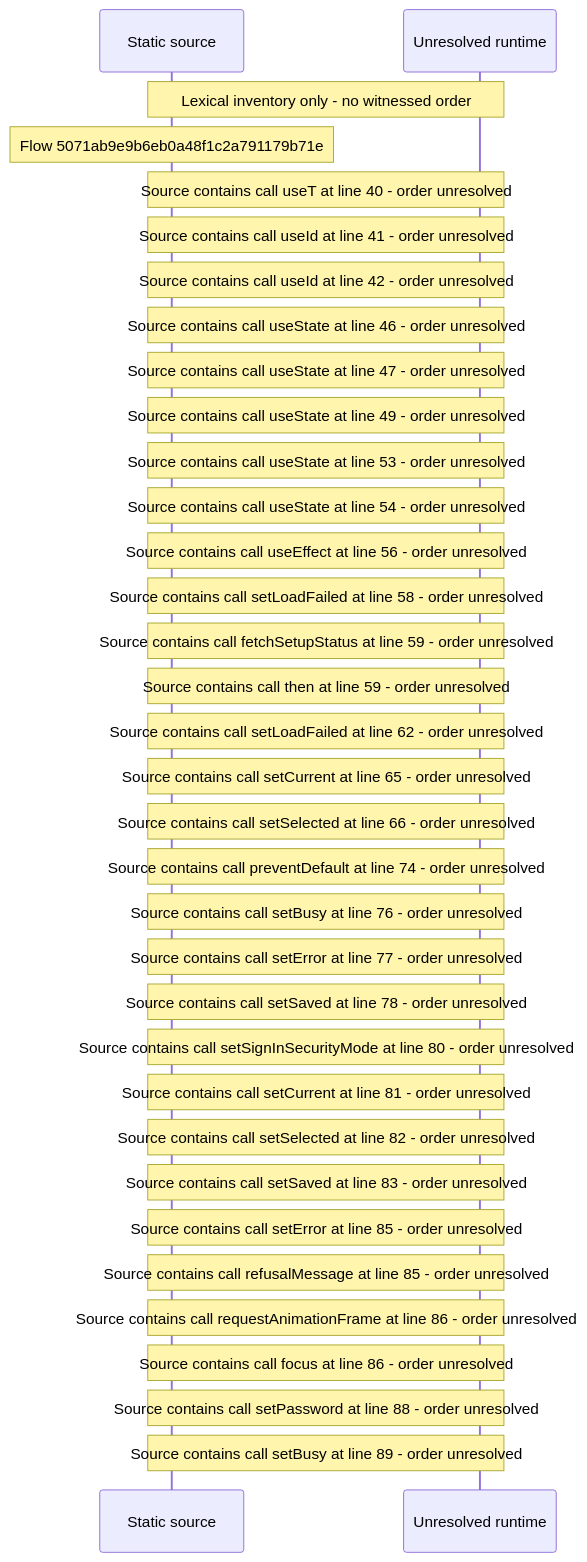
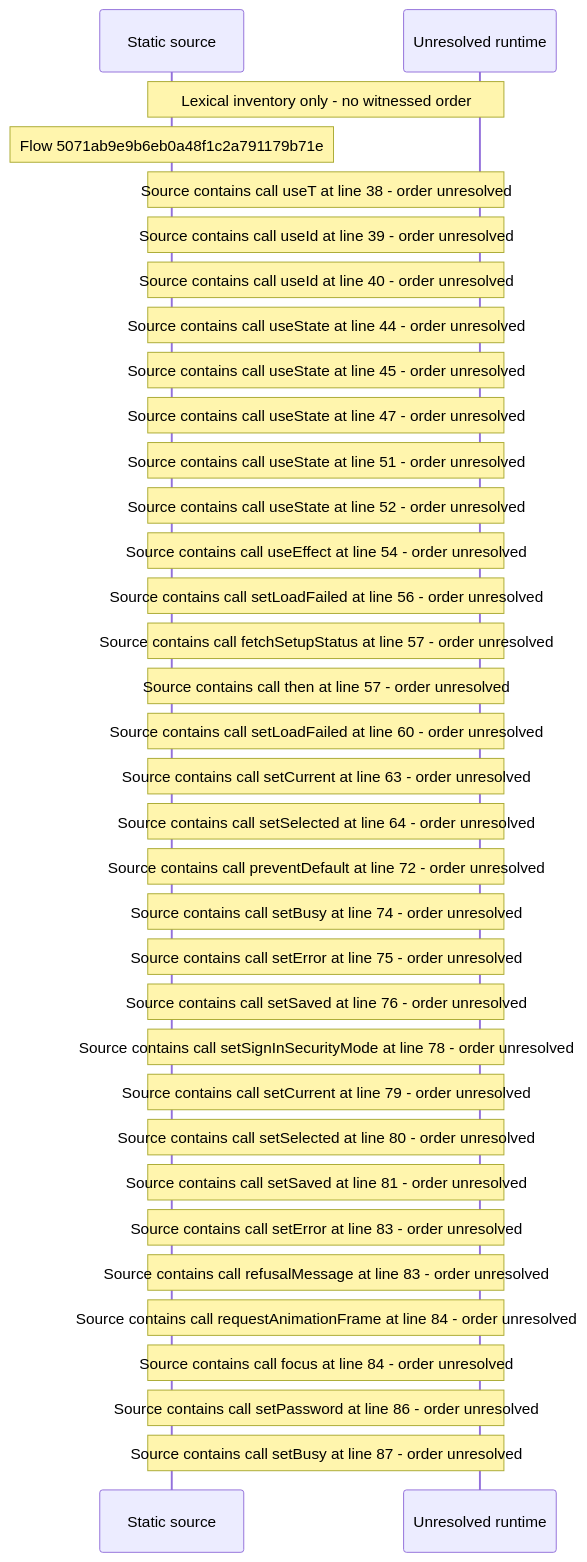
The diagram in docs/web/flows/generated/5071ab9e9b6eb0a48f1c2a791179b71e/flow-diagram.md (beamfall/core), drawn with Mermaid before and after one commit. The commit also changed other lines of this file and 715 other files, not shown here.

First line of the commit message:
Regenerate the web flow record on main after CORE-1117

````diff
--- a/docs/web/flows/generated/5071ab9e9b6eb0a48f1c2a791179b71e/flow-diagram.md
+++ b/docs/web/flows/generated/5071ab9e9b6eb0a48f1c2a791179b71e/flow-diagram.md
@@ -10,36 +10,36 @@
 ```mermaid
 sequenceDiagram
     participant S as Static source
     participant U as Unresolved runtime
     Note over S,U: Lexical inventory only - no witnessed order
     Note over S: Flow 5071ab9e9b6eb0a48f1c2a791179b71e
-    Note over S,U: Source contains call useT at line 40 - order unresolved
-    Note over S,U: Source contains call useId at line 41 - order unresolved
-    Note over S,U: Source contains call useId at line 42 - order unresolved
-    Note over S,U: Source contains call useState at line 46 - order unresolved
+    Note over S,U: Source contains call useT at line 38 - order unresolved
+    Note over S,U: Source contains call useId at line 39 - order unresolved
+    Note over S,U: Source contains call useId at line 40 - order unresolved
+    Note over S,U: Source contains call useState at line 44 - order unresolved
+    Note over S,U: Source contains call useState at line 45 - order unresolved
     Note over S,U: Source contains call useState at line 47 - order unresolved
-    Note over S,U: Source contains call useState at line 49 - order unresolved
-    Note over S,U: Source contains call useState at line 53 - order unresolved
-    Note over S,U: Source contains call useState at line 54 - order unresolved
-    Note over S,U: Source contains call useEffect at line 56 - order unresolved
-    Note over S,U: Source contains call setLoadFailed at line 58 - order unresolved
-    Note over S,U: Source contains call fetchSetupStatus at line 59 - order unresolved
-    Note over S,U: Source contains call then at line 59 - order unresolved
-    Note over S,U: Source contains call setLoadFailed at line 62 - order unresolved
-    Note over S,U: Source contains call setCurrent at line 65 - order unresolved
-    Note over S,U: Source contains call setSelected at line 66 - order unresolved
-    Note over S,U: Source contains call preventDefault at line 74 - order unresolved
-    Note over S,U: Source contains call setBusy at line 76 - order unresolved
-    Note over S,U: Source contains call setError at line 77 - order unresolved
-    Note over S,U: Source contains call setSaved at line 78 - order unresolved
-    Note over S,U: Source contains call setSignInSecurityMode at line 80 - order unresolved
-    Note over S,U: Source contains call setCurrent at line 81 - order unresolved
-    Note over S,U: Source contains call setSelected at line 82 - order unresolved
-    Note over S,U: Source contains call setSaved at line 83 - order unresolved
-    Note over S,U: Source contains call setError at line 85 - order unresolved
-    Note over S,U: Source contains call refusalMessage at line 85 - order unresolved
-    Note over S,U: Source contains call requestAnimationFrame at line 86 - order unresolved
-    Note over S,U: Source contains call focus at line 86 - order unresolved
-    Note over S,U: Source contains call setPassword at line 88 - order unresolved
-    Note over S,U: Source contains call setBusy at line 89 - order unresolved
+    Note over S,U: Source contains call useState at line 51 - order unresolved
+    Note over S,U: Source contains call useState at line 52 - order unresolved
+    Note over S,U: Source contains call useEffect at line 54 - order unresolved
+    Note over S,U: Source contains call setLoadFailed at line 56 - order unresolved
+    Note over S,U: Source contains call fetchSetupStatus at line 57 - order unresolved
+    Note over S,U: Source contains call then at line 57 - order unresolved
+    Note over S,U: Source contains call setLoadFailed at line 60 - order unresolved
+    Note over S,U: Source contains call setCurrent at line 63 - order unresolved
+    Note over S,U: Source contains call setSelected at line 64 - order unresolved
+    Note over S,U: Source contains call preventDefault at line 72 - order unresolved
+    Note over S,U: Source contains call setBusy at line 74 - order unresolved
+    Note over S,U: Source contains call setError at line 75 - order unresolved
+    Note over S,U: Source contains call setSaved at line 76 - order unresolved
+    Note over S,U: Source contains call setSignInSecurityMode at line 78 - order unresolved
+    Note over S,U: Source contains call setCurrent at line 79 - order unresolved
+    Note over S,U: Source contains call setSelected at line 80 - order unresolved
+    Note over S,U: Source contains call setSaved at line 81 - order unresolved
+    Note over S,U: Source contains call setError at line 83 - order unresolved
+    Note over S,U: Source contains call refusalMessage at line 83 - order unresolved
+    Note over S,U: Source contains call requestAnimationFrame at line 84 - order unresolved
+    Note over S,U: Source contains call focus at line 84 - order unresolved
+    Note over S,U: Source contains call setPassword at line 86 - order unresolved
+    Note over S,U: Source contains call setBusy at line 87 - order unresolved
 ```
````
